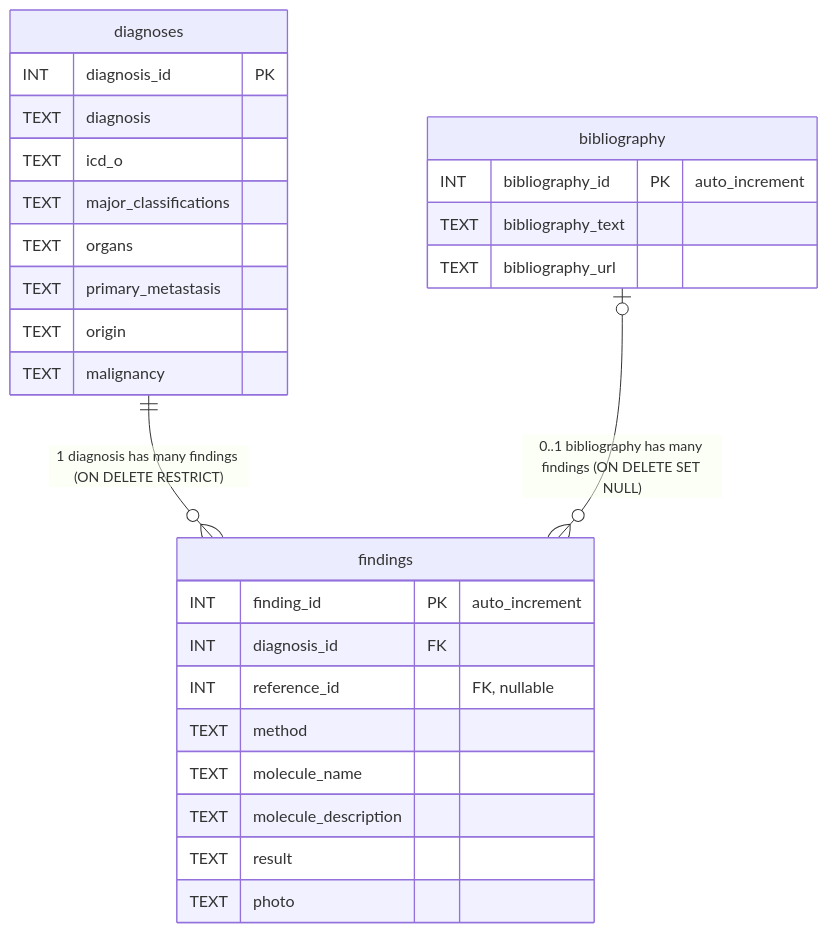
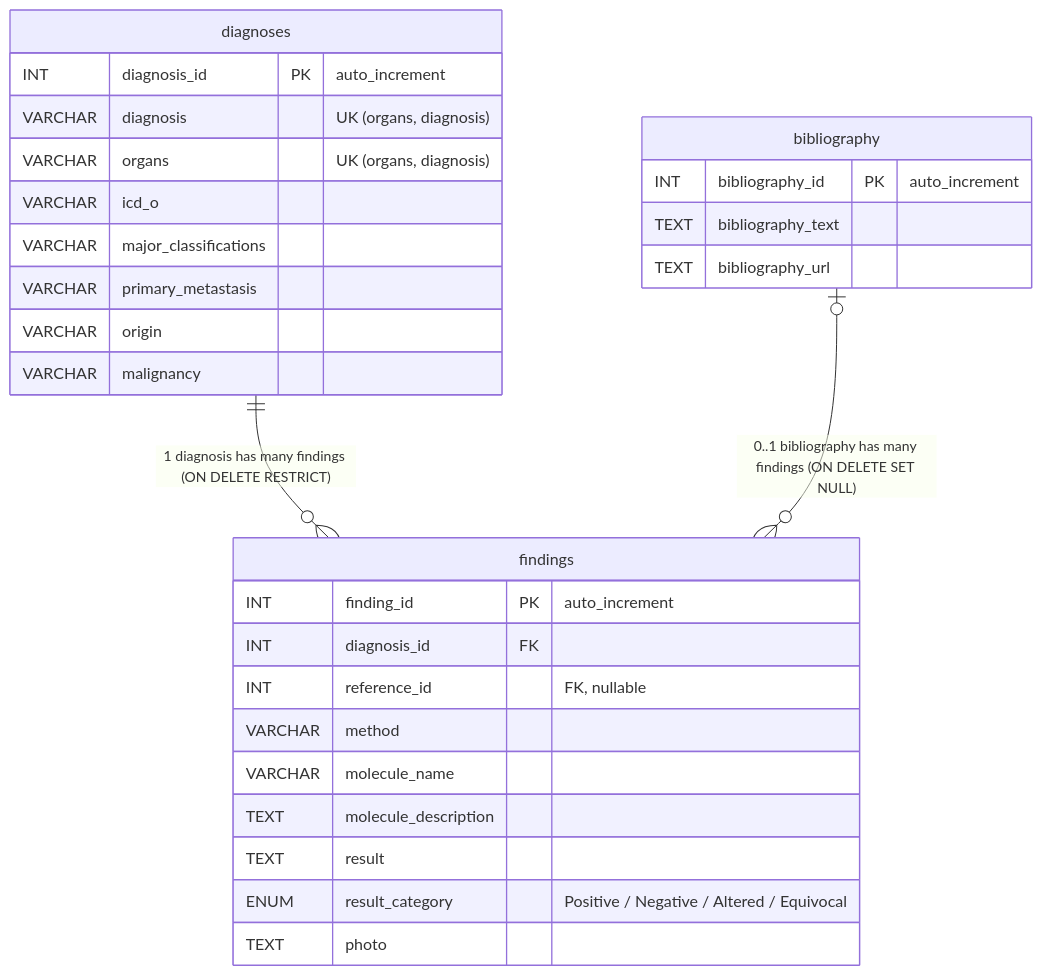
Before and after one commit to vdslab/evicoDB: the diagram in docs/er-diagram.md, drawn with Mermaid. The commit also changed other lines of this file and 1 other file, not shown here.

Commit message:
docs: update ER diagram and README for new schema

````diff
--- a/docs/er-diagram.md
+++ b/docs/er-diagram.md
@@ -8,33 +8,34 @@
 ```mermaid
 erDiagram
     diagnoses ||--o{ findings : "1 diagnosis has many findings (ON DELETE RESTRICT)"
     bibliography |o--o{ findings : "0..1 bibliography has many findings (ON DELETE SET NULL)"
 
     diagnoses {
-        INT diagnosis_id PK
-        TEXT diagnosis
-        TEXT icd_o
-        TEXT major_classifications
-        TEXT organs
-        TEXT primary_metastasis
-        TEXT origin
-        TEXT malignancy
+        INT diagnosis_id PK "auto_increment"
+        VARCHAR diagnosis "UK (organs, diagnosis)"
+        VARCHAR organs "UK (organs, diagnosis)"
+        VARCHAR icd_o
+        VARCHAR major_classifications
+        VARCHAR primary_metastasis
+        VARCHAR origin
+        VARCHAR malignancy
     }
 
     bibliography {
         INT bibliography_id PK "auto_increment"
         TEXT bibliography_text
         TEXT bibliography_url
     }
 
     findings {
         INT finding_id PK "auto_increment"
         INT diagnosis_id FK
         INT reference_id "FK, nullable"
-        TEXT method
-        TEXT molecule_name
+        VARCHAR method
+        VARCHAR molecule_name
         TEXT molecule_description
         TEXT result
+        ENUM result_category "Positive / Negative / Altered / Equivocal"
         TEXT photo
     }
 ```
````
